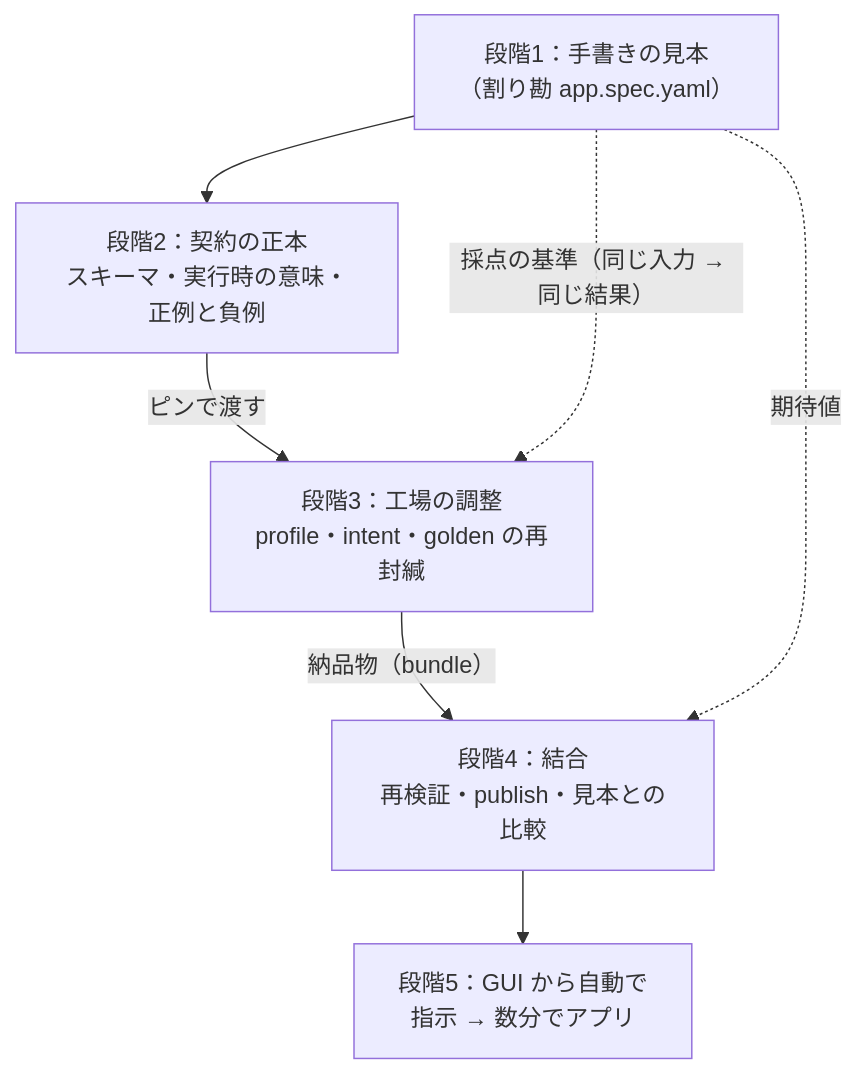
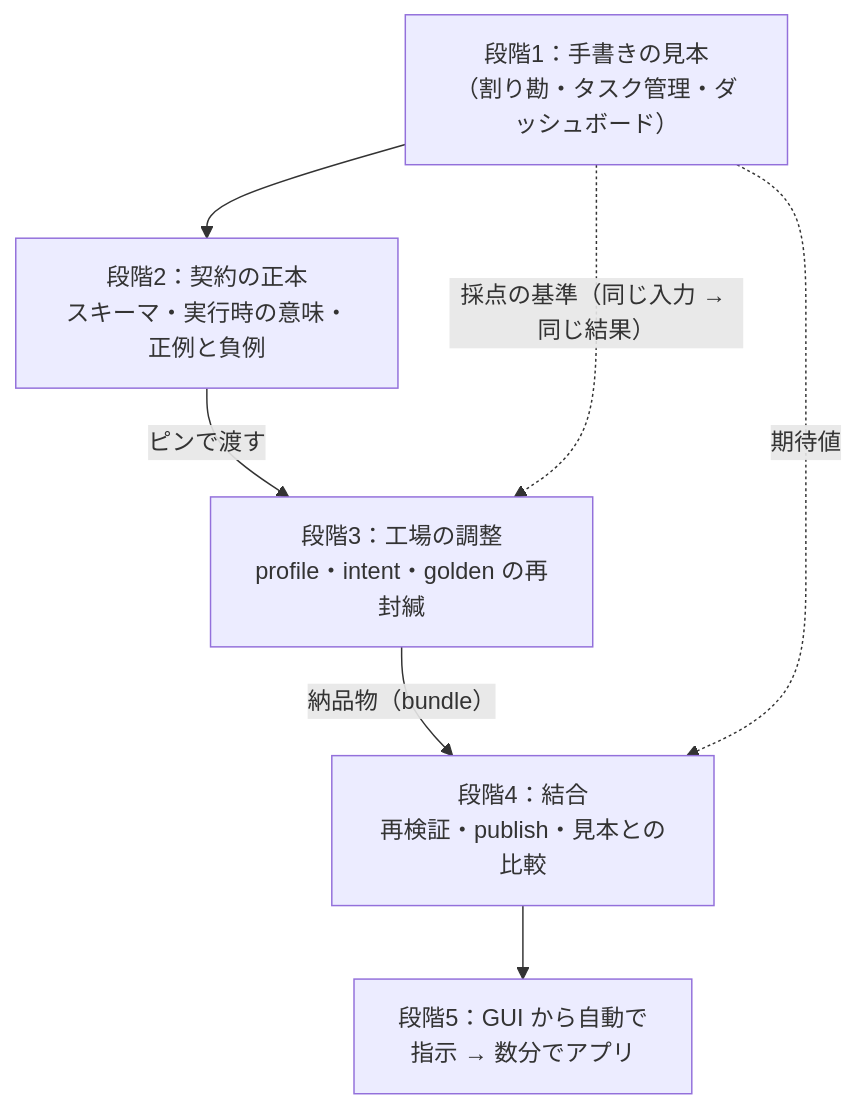
Before and after one commit to Kewton/Musubi: the second of 2 diagrams in workspace/mvp/m1/01-integration-strategy.md, drawn with Mermaid. The commit also changed other lines of this file and 3 other files, not shown here.

````diff
--- a/workspace/mvp/m1/01-integration-strategy.md
+++ b/workspace/mvp/m1/01-integration-strategy.md
@@ -135,9 +138,9 @@
 ```mermaid
 flowchart TB
-  S1["段階1：手書きの見本<br/>（割り勘 app.spec.yaml）"] --> S2["段階2：契約の正本<br/>スキーマ・実行時の意味・正例と負例"]
+  S1["段階1：手書きの見本<br/>（割り勘・タスク管理・ダッシュボード）"] --> S2["段階2：契約の正本<br/>スキーマ・実行時の意味・正例と負例"]
   S2 -- "ピンで渡す" --> S3["段階3：工場の調整<br/>profile・intent・golden の再封緘"]
   S1 -. "採点の基準（同じ入力 → 同じ結果）" .-> S3
   S3 -- "納品物（bundle）" --> S4["段階4：結合<br/>再検証・publish・見本との比較"]
   S1 -. "期待値" .-> S4
   S4 --> S5["段階5：GUI から自動で<br/>指示 → 数分でアプリ"]
 ```
````
